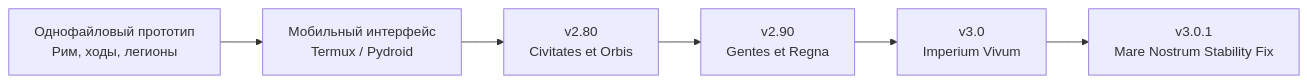
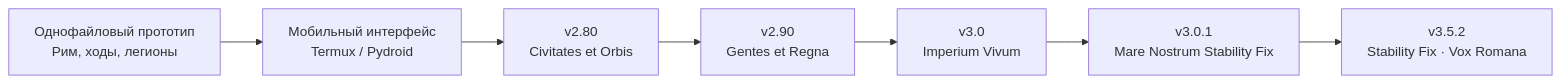
The first of 9 diagrams in README.md (Aqua666-prog/Roma-Aeterna), drawn with Mermaid before and after one commit. The commit also changed other lines of this file, not shown here.

Commit message:
Update README for v3.5.2 and Vox Romana

````diff
--- a/README.md
+++ b/README.md
@@ -136,8 +146,9 @@
 ```mermaid
 flowchart LR
     A["Однофайловый прототип<br/>Рим, ходы, легионы"] --> B["Мобильный интерфейс<br/>Termux / Pydroid"]
     B --> C["v2.80<br/>Civitates et Orbis"]
     C --> D["v2.90<br/>Gentes et Regna"]
     D --> E["v3.0<br/>Imperium Vivum"]
     E --> F["v3.0.1<br/>Mare Nostrum Stability Fix"]
+    F --> G["v3.5.2<br/>Stability Fix · Vox Romana"]
 ```
````
